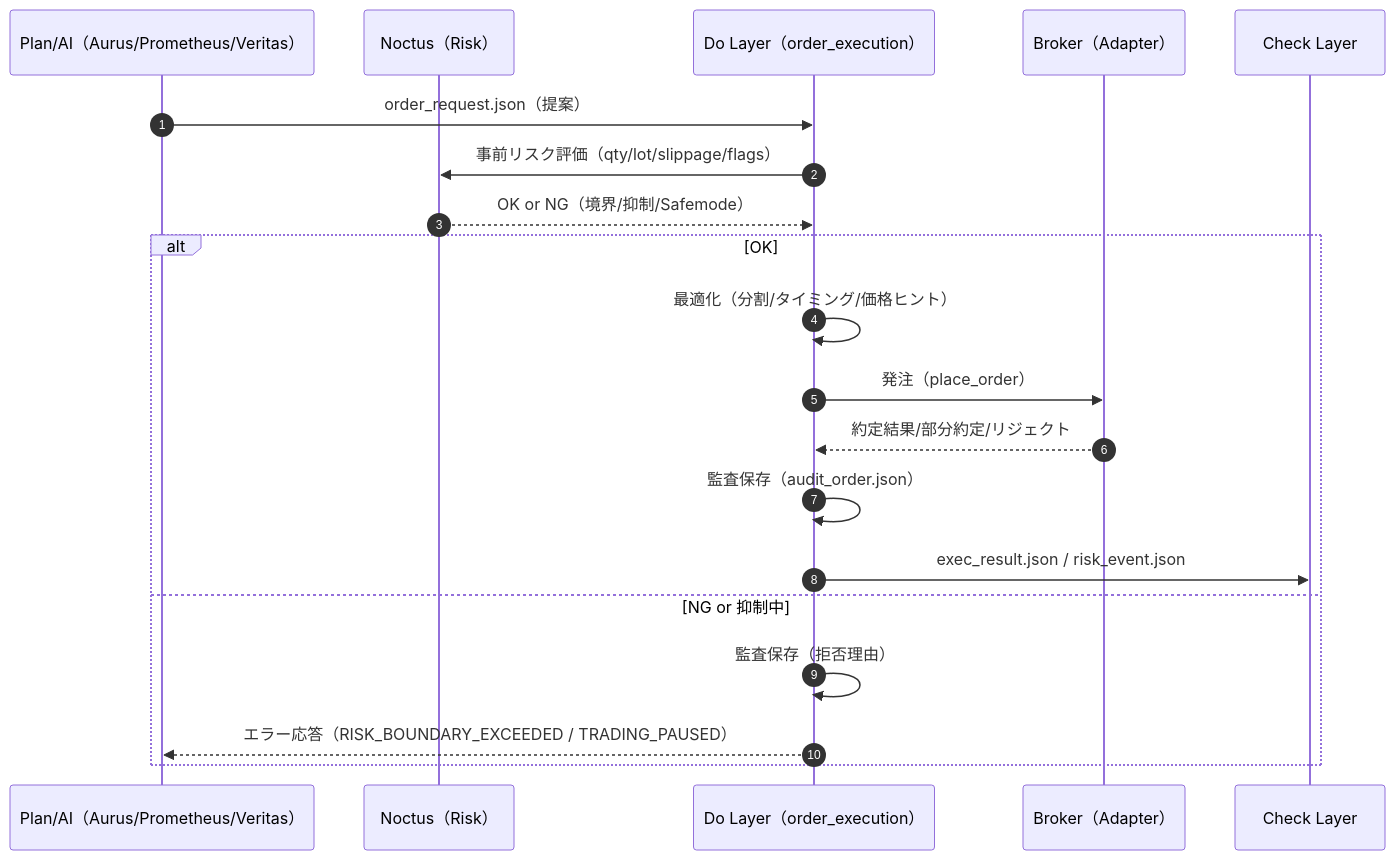
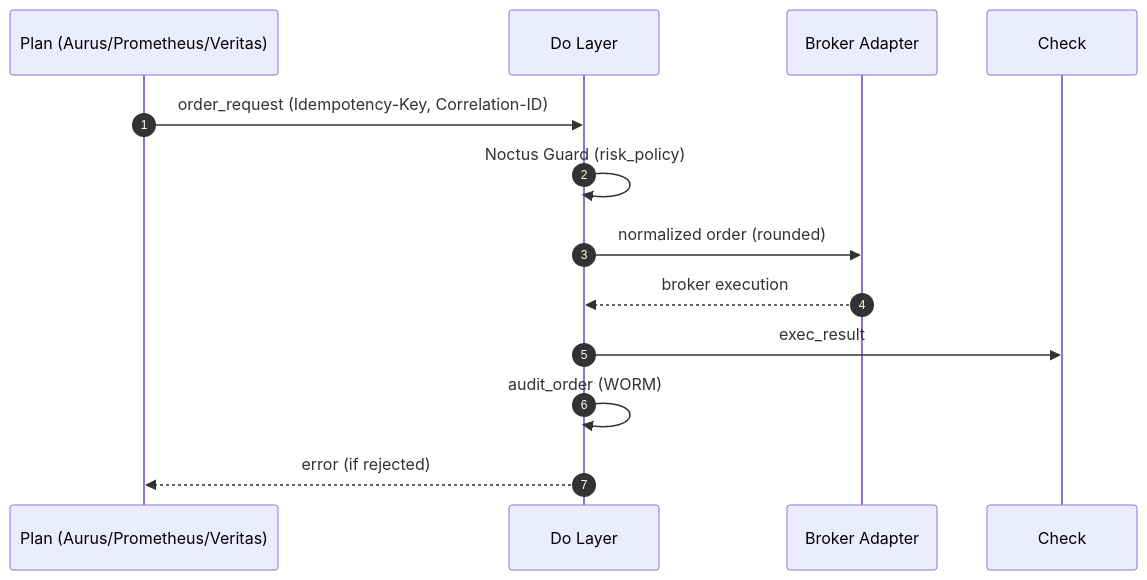
Before and after one commit to Noctria/noctria_kingdom: the diagram in docs/apis/Do-Layer-Contract.md, drawn with Mermaid. The commit also changed other lines of this file, not shown here.

````diff
--- a/docs/apis/Do-Layer-Contract.md
+++ b/docs/apis/Do-Layer-Contract.md
@@ -39,23 +27,15 @@
 ```mermaid
 sequenceDiagram
   autonumber
-  participant AI as Plan/AI（Aurus/Prometheus/Veritas）
-  participant NO as Noctus（Risk）
-  participant DO as Do Layer（order_execution）
-  participant BR as Broker（Adapter）
-  participant CK as Check Layer
-
-  AI->>DO: order_request.json（提案）
-  DO->>NO: 事前リスク評価（qty/lot/slippage/flags）
-  NO-->>DO: OK or NG（境界/抑制/Safemode）
-  alt OK
-    DO->>DO: 最適化（分割/タイミング/価格ヒント）
-    DO->>BR: 発注（place_order）
-    BR-->>DO: 約定結果/部分約定/リジェクト
-    DO->>DO: 監査保存（audit_order.json）
-    DO->>CK: exec_result.json / risk_event.json
-  else NG or 抑制中
-    DO->>DO: 監査保存（拒否理由）
-    DO-->>AI: エラー応答（RISK_BOUNDARY_EXCEEDED / TRADING_PAUSED）
-  end
+  participant PLAN as Plan (Aurus/Prometheus/Veritas)
+  participant DO as Do Layer
+  participant BROKER as Broker Adapter
+  participant CHECK as Check
+  PLAN->>DO: order_request (Idempotency-Key, Correlation-ID)
+  DO->>DO: Noctus Guard (risk_policy)
+  DO->>BROKER: normalized order (rounded)
+  BROKER-->>DO: broker execution
+  DO->>CHECK: exec_result
+  DO->>DO: audit_order (WORM)
+  DO-->>PLAN: error (if rejected)
 ```
````
